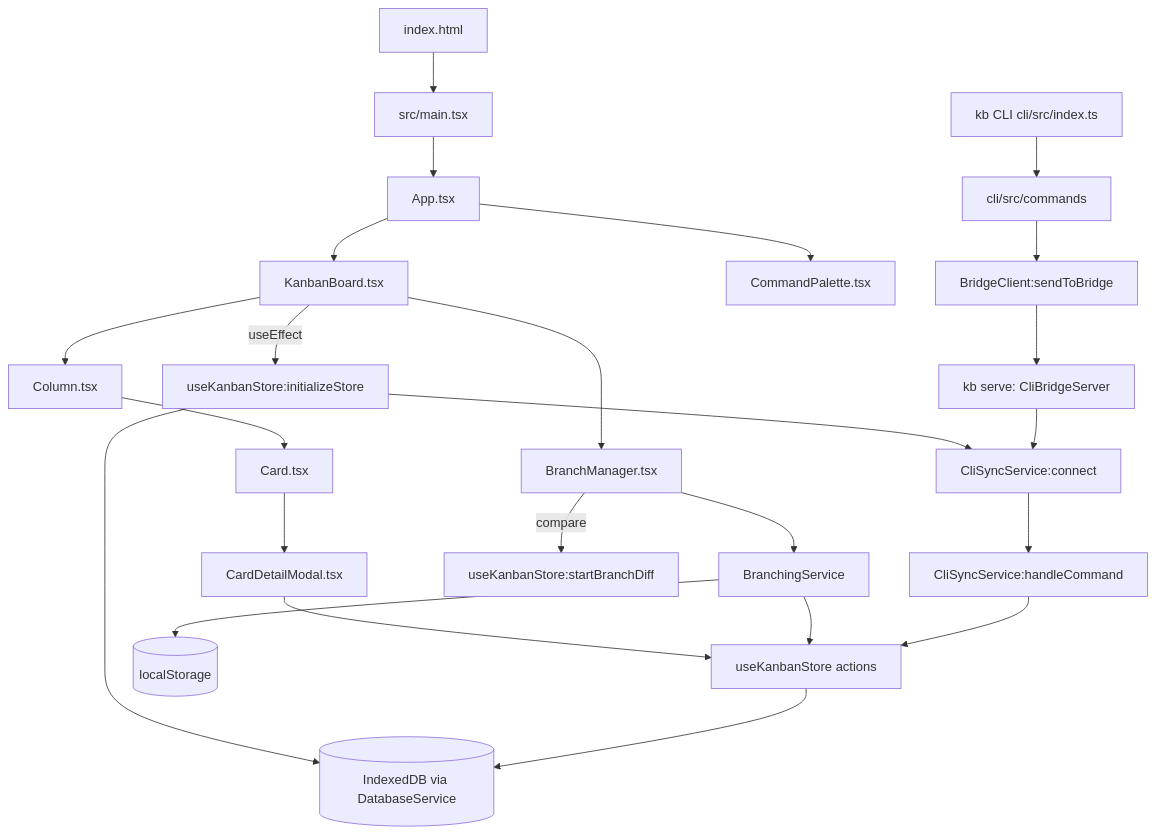
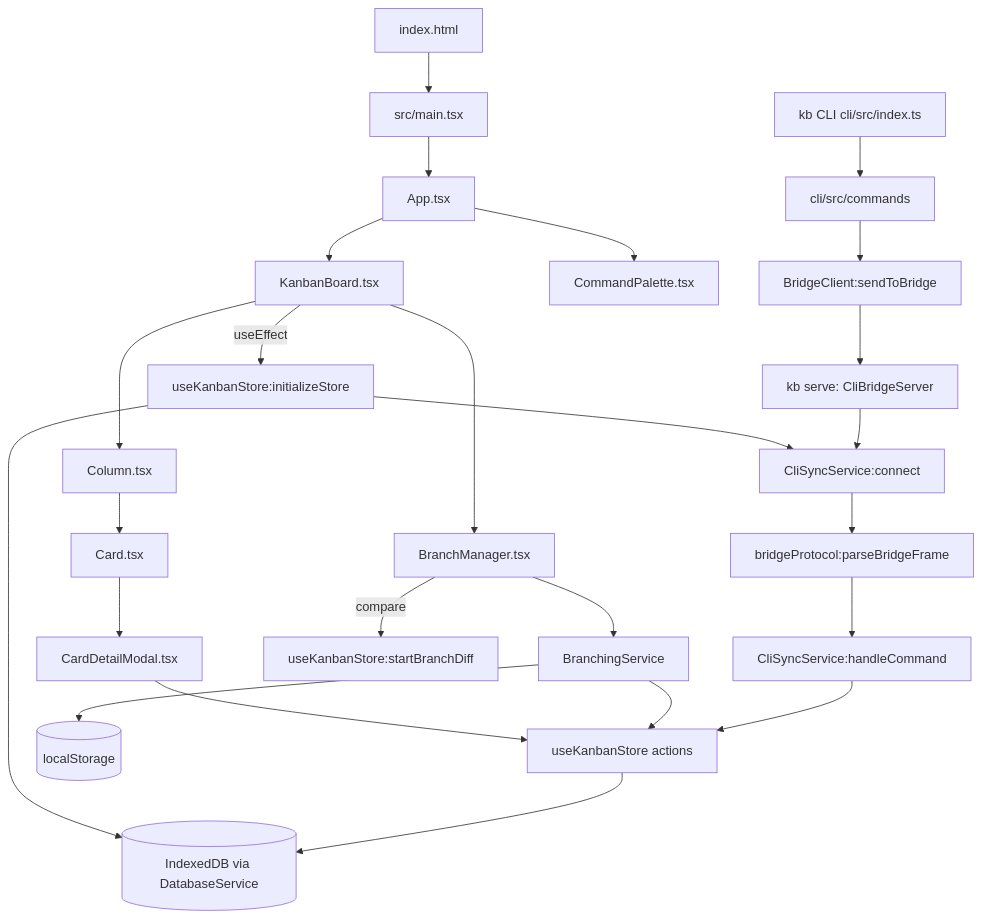
One commit to vardaanbazaz/kanbanlight changed the diagram in flow.md. Above: the diagram before and after it, drawn with Mermaid. The commit also changed other lines of this file and 6 other files, not shown here.

````diff
--- a/flow.md
+++ b/flow.md
@@ -68,17 +69,17 @@
 ```mermaid
 flowchart TD
   html[index.html] --> main[src/main.tsx]
   main --> App[App.tsx] --> KB[KanbanBoard.tsx]
   App --> CP[CommandPalette.tsx]
   KB -->|useEffect| init[useKanbanStore:initializeStore]
   init --> DB[(IndexedDB via DatabaseService)]
   init --> WS[CliSyncService:connect]
   KB --> Col[Column.tsx] --> Card[Card.tsx] --> Modal[CardDetailModal.tsx]
   Modal --> store[useKanbanStore actions] --> DB
   KB --> BM[BranchManager.tsx] --> BS[BranchingService] --> LS[(localStorage)]
   BS --> store
   BM -->|compare| diff[useKanbanStore:startBranchDiff]
   kb[kb CLI cli/src/index.ts] --> cmds[cli/src/commands] --> BC[BridgeClient:sendToBridge]
   BC --> srv[kb serve: CliBridgeServer] --> WS
-  WS --> handle[CliSyncService:handleCommand] --> store
+  WS --> parse[bridgeProtocol:parseBridgeFrame] --> handle[CliSyncService:handleCommand] --> store
 ```
````
